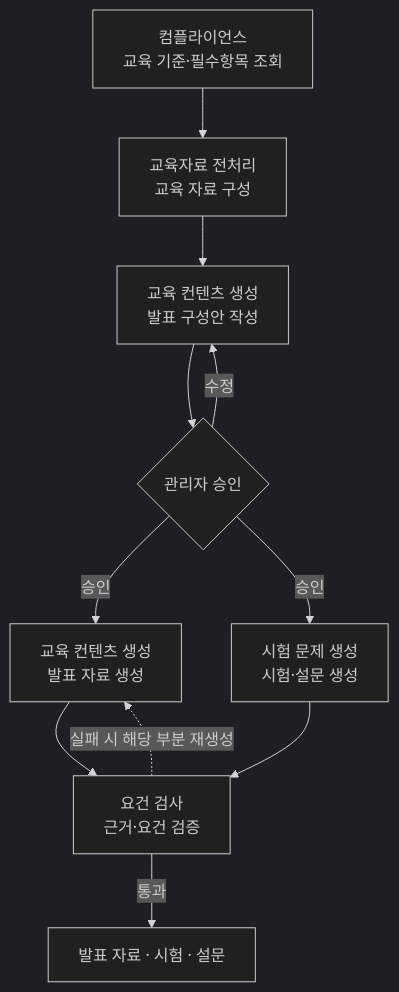
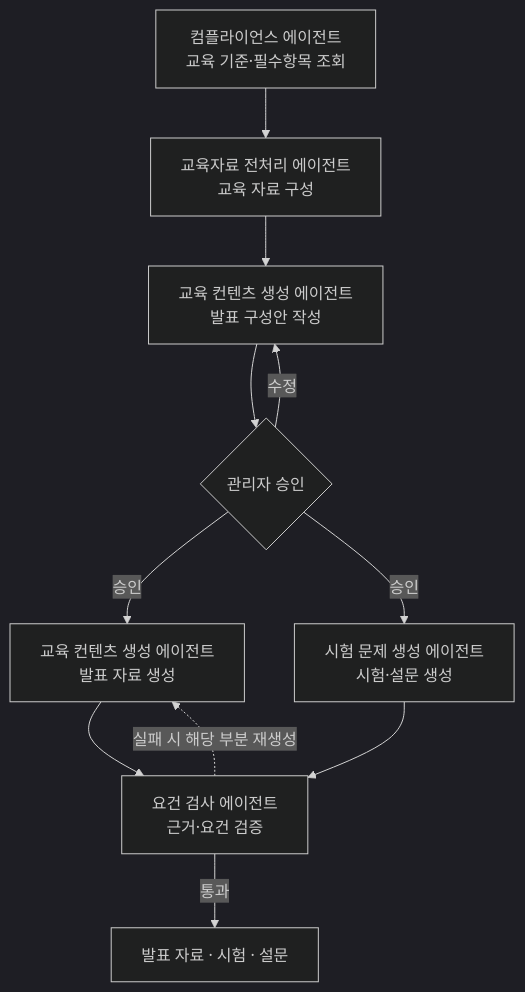
One commit to Doc-AI-Agent-development/Doc-AI-Agent-development.github.io changed the diagram in docs/scenarios/content-generation.md. Above: the diagram before and after it, drawn with Mermaid (dark theme). The commit also changed 4 other files, not shown here.

First line of the commit message:
Clarify annual plan diagram and name agents in scenario flows

````diff
--- a/docs/scenarios/content-generation.md
+++ b/docs/scenarios/content-generation.md
@@ -27,13 +27,13 @@
 ```mermaid
 flowchart TD
-    CMP["컴플라이언스<br/>교육 기준·필수항목 조회"] --> PRE["교육자료 전처리<br/>교육 자료 구성"]
-    PRE --> PLAN["교육 컨텐츠 생성<br/>발표 구성안 작성"]
+    CMP["컴플라이언스 에이전트<br/>교육 기준·필수항목 조회"] --> PRE["교육자료 전처리 에이전트<br/>교육 자료 구성"]
+    PRE --> PLAN["교육 컨텐츠 생성 에이전트<br/>발표 구성안 작성"]
     PLAN --> CK{"관리자 승인"}
     CK -->|"수정"| PLAN
-    CK -->|"승인"| GEN["교육 컨텐츠 생성<br/>발표 자료 생성"]
-    CK -->|"승인"| EXAM["시험 문제 생성<br/>시험·설문 생성"]
-    GEN --> CHK["요건 검사<br/>근거·요건 검증"]
+    CK -->|"승인"| GEN["교육 컨텐츠 생성 에이전트<br/>발표 자료 생성"]
+    CK -->|"승인"| EXAM["시험 문제 생성 에이전트<br/>시험·설문 생성"]
+    GEN --> CHK["요건 검사 에이전트<br/>근거·요건 검증"]
     EXAM --> CHK
     CHK -->|"통과"| DONE["발표 자료 · 시험 · 설문"]
     CHK -.->|"실패 시 해당 부분 재생성"| GEN
 ```
````
